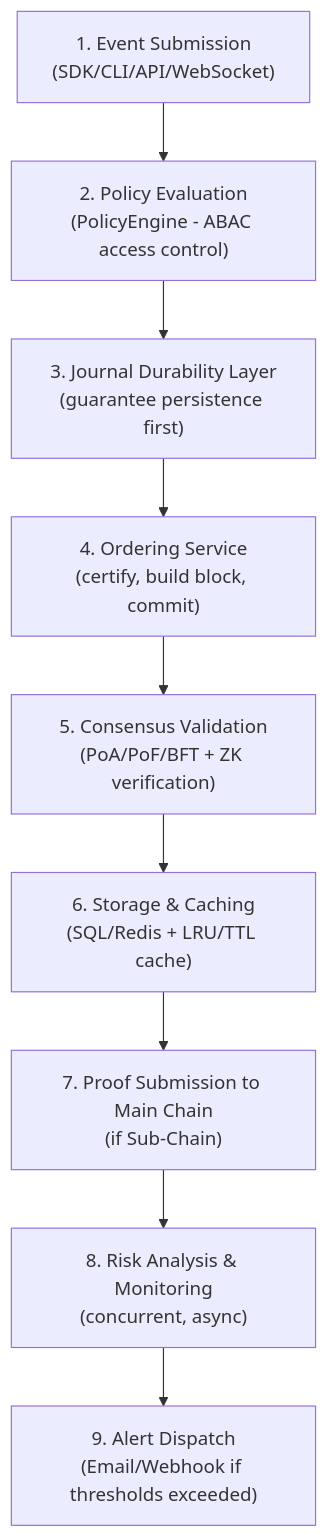
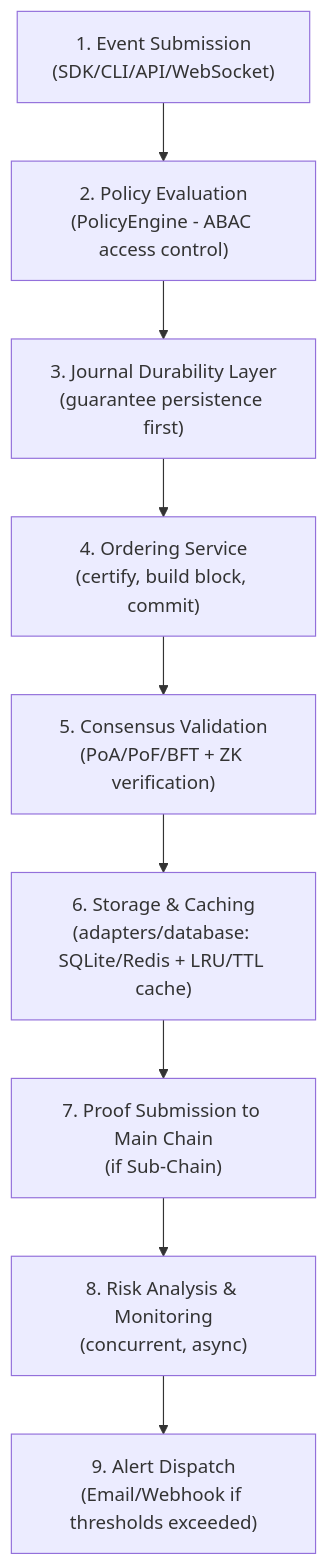
The fifth of 6 diagrams in docs/CODEBASE_REFERENCE.md (VanDung-dev/HieraChain), drawn with Mermaid before and after one commit. The commit also changed 20 other files, not shown here.

First line of the commit message:
docs: sync schema changes, update file paths, and improve consistency

````diff
--- a/docs/CODEBASE_REFERENCE.md
+++ b/docs/CODEBASE_REFERENCE.md
@@ -494,11 +494,11 @@
 ```mermaid
 flowchart TD
     A["1. Event Submission<br/>(SDK/CLI/API/WebSocket)"] --> B["2. Policy Evaluation<br/>(PolicyEngine - ABAC access control)"]
     B --> C["3. Journal Durability Layer<br/>(guarantee persistence first)"]
     C --> D["4. Ordering Service<br/>(certify, build block, commit)"]
     D --> E["5. Consensus Validation<br/>(PoA/PoF/BFT + ZK verification)"]
-    E --> F["6. Storage & Caching<br/>(SQL/Redis + LRU/TTL cache)"]
+    E --> F["6. Storage & Caching<br/>(adapters/database: SQLite/Redis + LRU/TTL cache)"]
     F --> G["7. Proof Submission to Main Chain<br/>(if Sub-Chain)"]
     G --> H["8. Risk Analysis & Monitoring<br/>(concurrent, async)"]
     H --> I["9. Alert Dispatch<br/>(Email/Webhook if thresholds exceeded)"]
 ```
````
